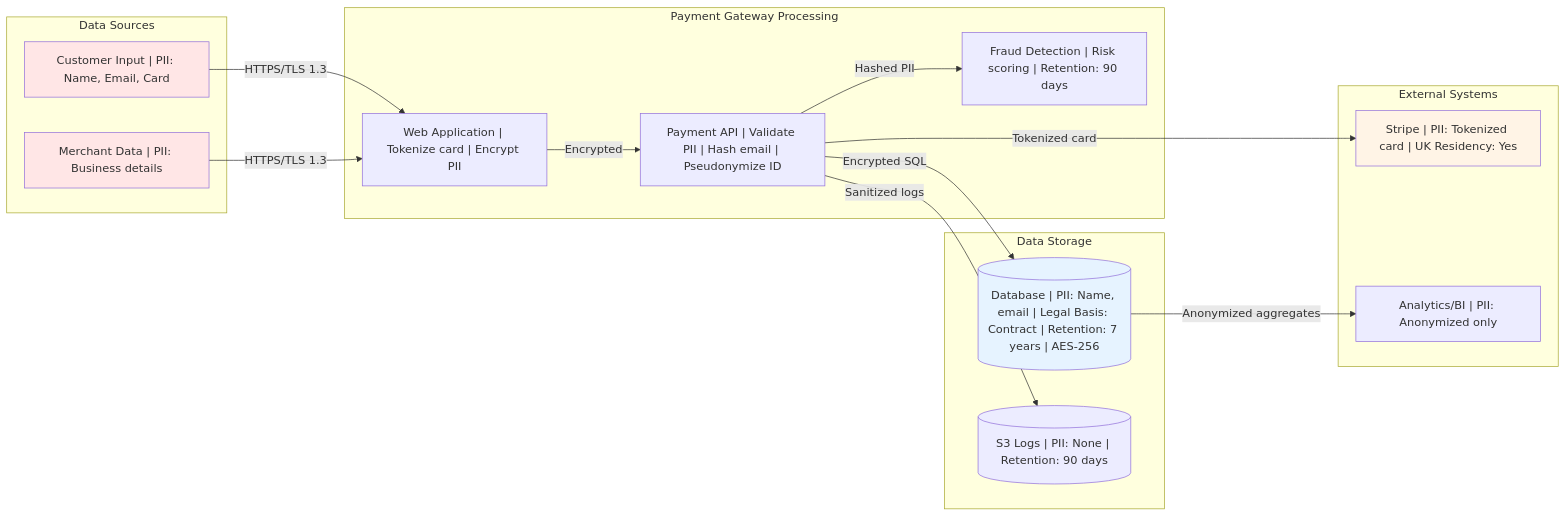
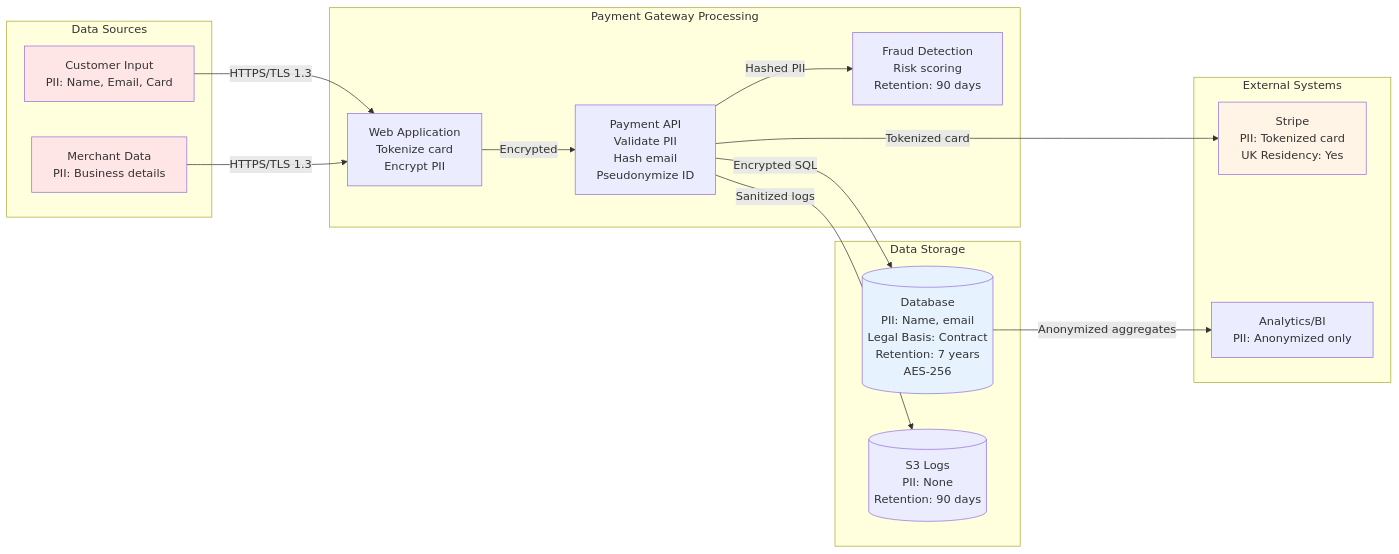
One commit to tractorjuice/arckit-test-project-v8-ons-data-platform changed the sixth of 6 diagrams in .claude/commands/arckit.diagram.md. Above: the diagram before and after it, drawn with Mermaid. The commit also changed other lines of this file, not shown here.

Commit message:
fix: correct Mermaid flowchart syntax guidance in diagram command
Synced from arc-kit main repository (commit 04eac8e).

🤖 Generated with [Claude Code](https://claude.com/claude-code)

````diff
--- a/.claude/commands/arckit.diagram.md
+++ b/.claude/commands/arckit.diagram.md
@@ -335,37 +335,37 @@
 ```mermaid
 flowchart LR
     subgraph Sources["Data Sources"]
-        Customer["Customer Input | PII: Name, Email, Card"]
-        Merchant["Merchant Data | PII: Business details"]
+        Customer["Customer Input<br/>PII: Name, Email, Card"]
+        Merchant["Merchant Data<br/>PII: Business details"]
     end
 
     subgraph Processing["Payment Gateway Processing"]
-        WebApp["Web Application | Tokenize card | Encrypt PII"]
-        API["Payment API | Validate PII | Hash email | Pseudonymize ID"]
-        Fraud["Fraud Detection | Risk scoring | Retention: 90 days"]
+        WebApp["Web Application<br/>Tokenize card<br/>Encrypt PII"]
+        API["Payment API<br/>Validate PII<br/>Hash email<br/>Pseudonymize ID"]
+        Fraud["Fraud Detection<br/>Risk scoring<br/>Retention: 90 days"]
     end
 
     subgraph Storage["Data Storage"]
-        Database[("Database | PII: Name, email | Legal Basis: Contract | Retention: 7 years | AES-256")]
-        LogStorage[("S3 Logs | PII: None | Retention: 90 days")]
+        Database[("Database<br/>PII: Name, email<br/>Legal Basis: Contract<br/>Retention: 7 years<br/>AES-256")]
+        LogStorage[("S3 Logs<br/>PII: None<br/>Retention: 90 days")]
     end
 
     subgraph External["External Systems"]
-        Stripe["Stripe | PII: Tokenized card | UK Residency: Yes"]
-        BI["Analytics/BI | PII: Anonymized only"]
+        Stripe["Stripe<br/>PII: Tokenized card<br/>UK Residency: Yes"]
+        BI["Analytics/BI<br/>PII: Anonymized only"]
     end
 
     Customer -->|HTTPS/TLS 1.3| WebApp
     Merchant -->|HTTPS/TLS 1.3| WebApp
     WebApp -->|Encrypted| API
     API -->|Hashed PII| Fraud
     API -->|Encrypted SQL| Database
     API -->|Sanitized logs| LogStorage
     API -->|Tokenized card| Stripe
     Database -->|Anonymized aggregates| BI
 
     style Customer fill:#FFE6E6
     style Merchant fill:#FFE6E6
     style Database fill:#E6F3FF
     style Stripe fill:#FFF4E6
 ```
````
